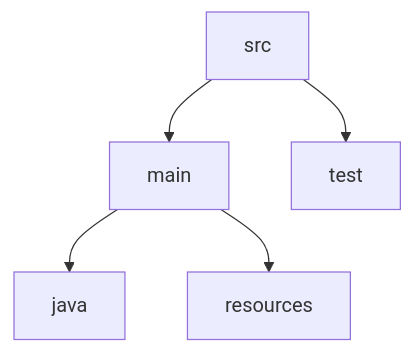
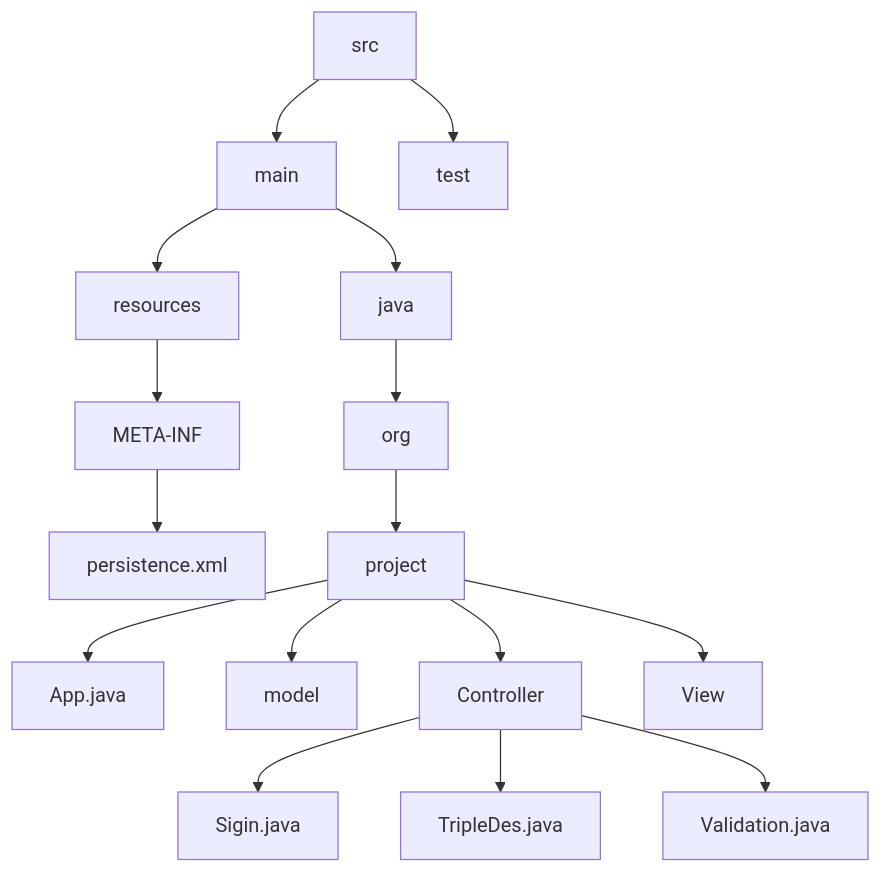
One commit to sawan848/swing-quiz-app changed the diagram in mermaid.md. Above: the diagram before and after it, drawn with Mermaid.

````diff
--- a/mermaid.md
+++ b/mermaid.md
@@ -1,7 +1,19 @@
  ```mermaid
     graph TD;
         src-->main;
         src-->test;
         main-->java;
         main-->resources;
+        resources-->META-INF;
+        META-INF-->persistence.xml;
+        java-->org;
+        org-->project;
+        project-->App.java;
+        project-->model;
+        project-->Controller;
+        project-->View;
+        Controller-->Sigin.java;
+        Controller-->TripleDes.java
+        Controller-->Validation.java
+        
 ```
````
